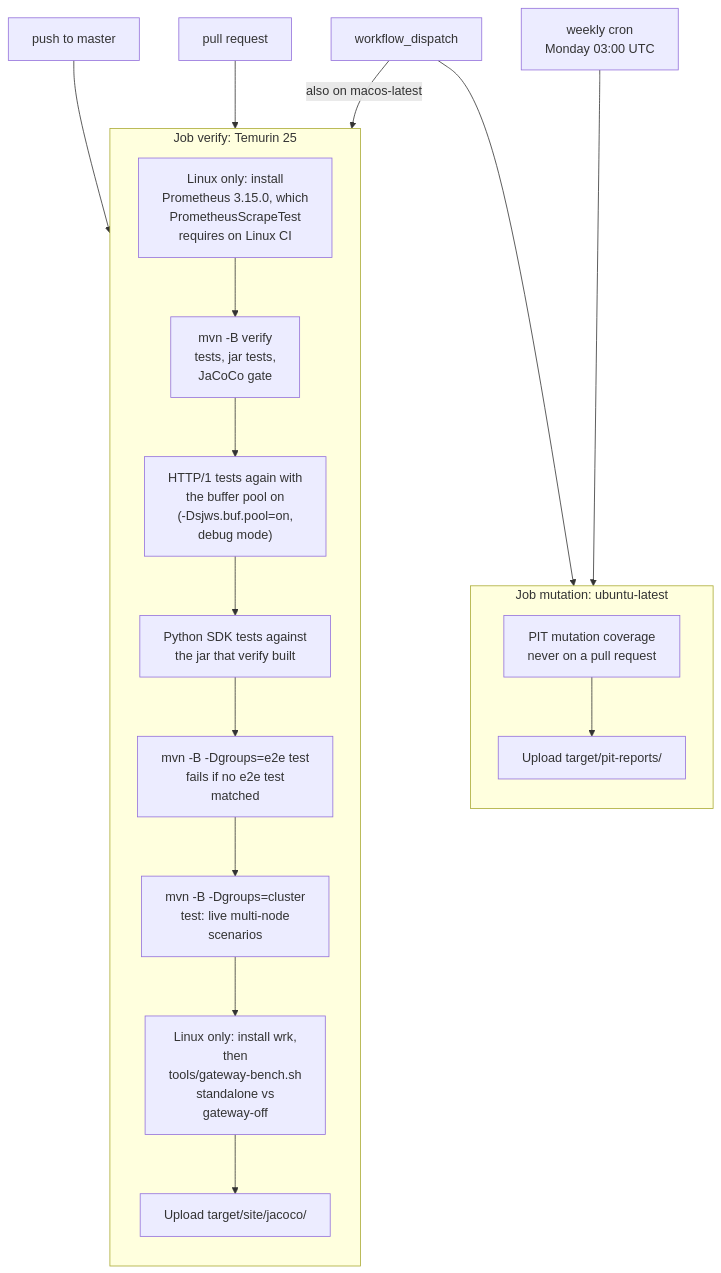
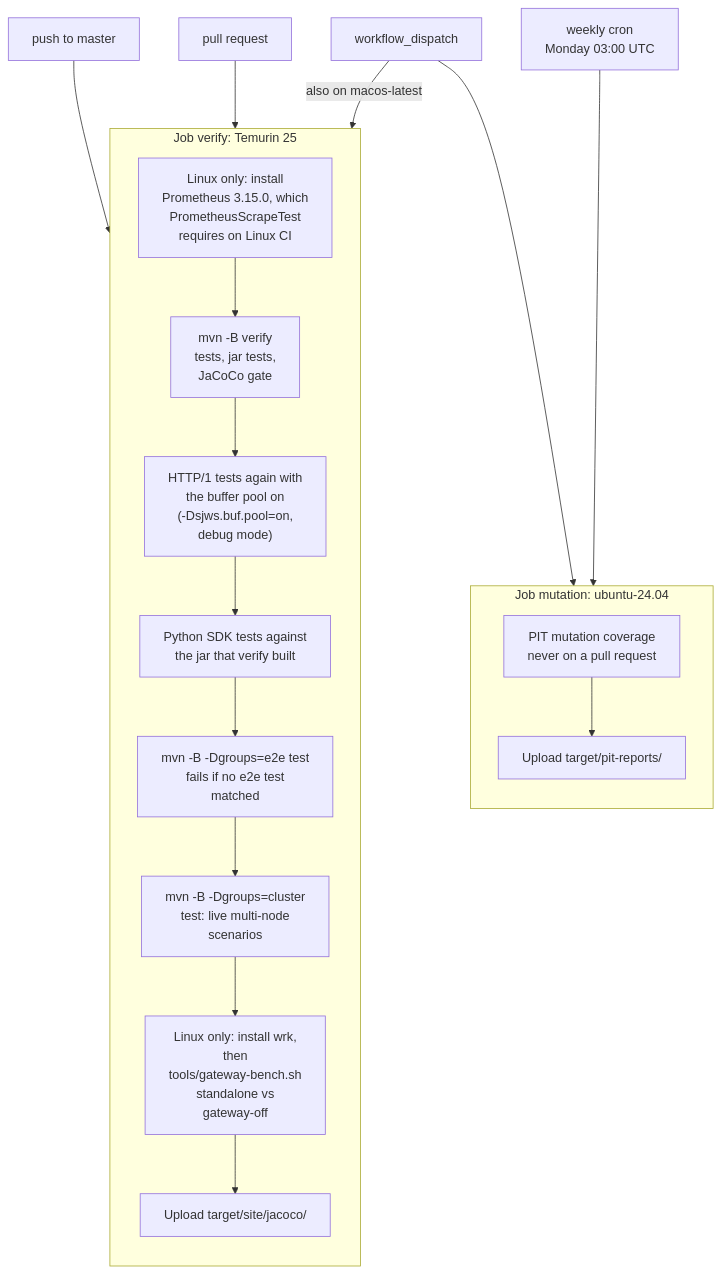
The diagram in docs/development/integration-tests.md (BlivionIaG/sjws_nettask), drawn with Mermaid before and after one commit. The commit also changed other lines of this file and 2 other files, not shown here.

Commit message:
ci: non-gating ubuntu-26.04 verify canary (#265); docs: ubuntu-24.04 pin

````diff
--- a/docs/development/integration-tests.md
+++ b/docs/development/integration-tests.md
@@ -181,18 +186,18 @@
 ```mermaid
 flowchart TB
     push["push to master"] --> verify
     pr["pull request"] --> verify
     wd["workflow_dispatch"] -->|"also on macos-latest"| verify
     wd --> mut
     cron["weekly cron<br/>Monday 03:00 UTC"] --> mut
 
     subgraph verify["Job verify: Temurin 25"]
         direction TB
         v0["Linux only: install<br/>Prometheus 3.15.0, which<br/>PrometheusScrapeTest<br/>requires on Linux CI"] --> v1["mvn -B verify<br/>tests, jar tests,<br/>JaCoCo gate"] --> v1b["HTTP/1 tests again with<br/>the buffer pool on<br/>(-Dsjws.buf.pool=on,<br/>debug mode)"] --> v1c["Python SDK tests against<br/>the jar that verify built"] --> v2["mvn -B -Dgroups=e2e test<br/>fails if no e2e test<br/>matched"] --> v3["mvn -B -Dgroups=cluster<br/>test: live multi-node<br/>scenarios"] --> v4["Linux only: install wrk,<br/>then<br/>tools/gateway-bench.sh<br/>standalone vs<br/>gateway-off"] --> v5["Upload target/site/jacoco/"]
     end
 
-    subgraph mut["Job mutation: ubuntu-latest"]
+    subgraph mut["Job mutation: ubuntu-24.04"]
         direction TB
         m1["PIT mutation coverage<br/>never on a pull request"] --> m2["Upload target/pit-reports/"]
     end
 ```
````
